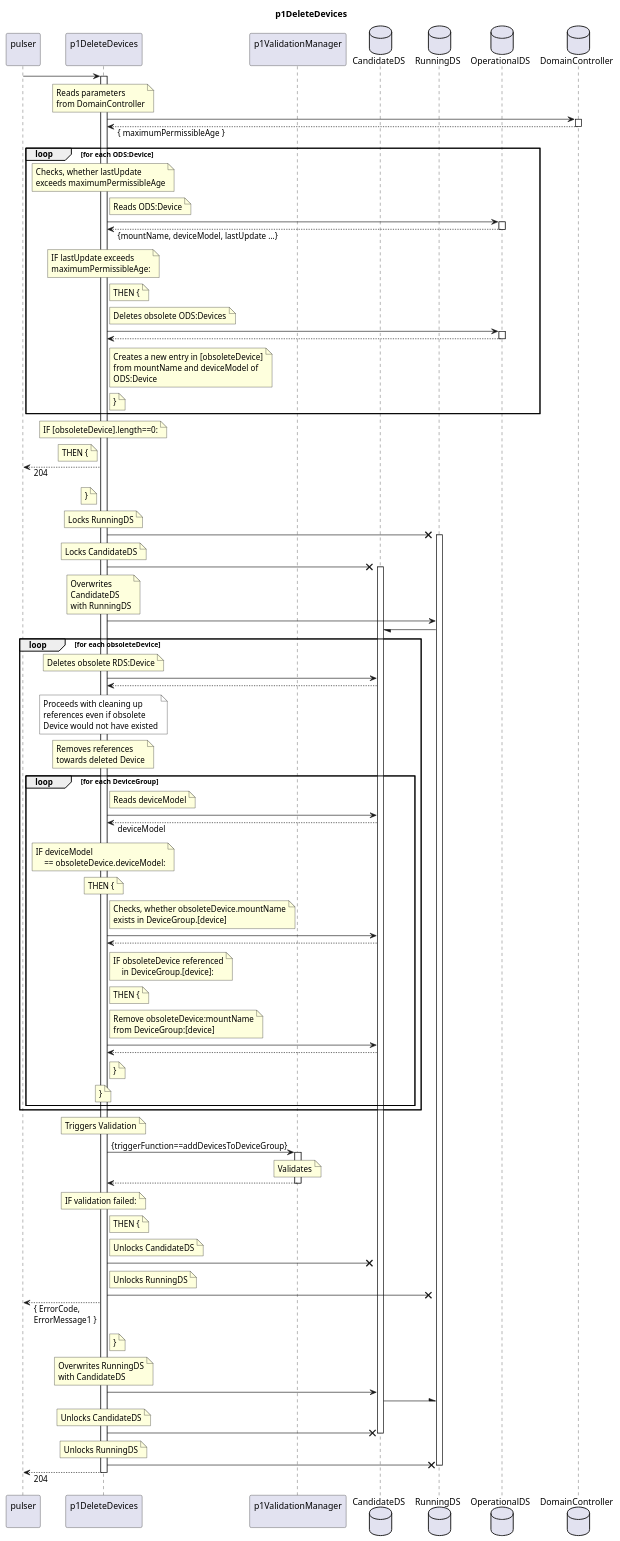
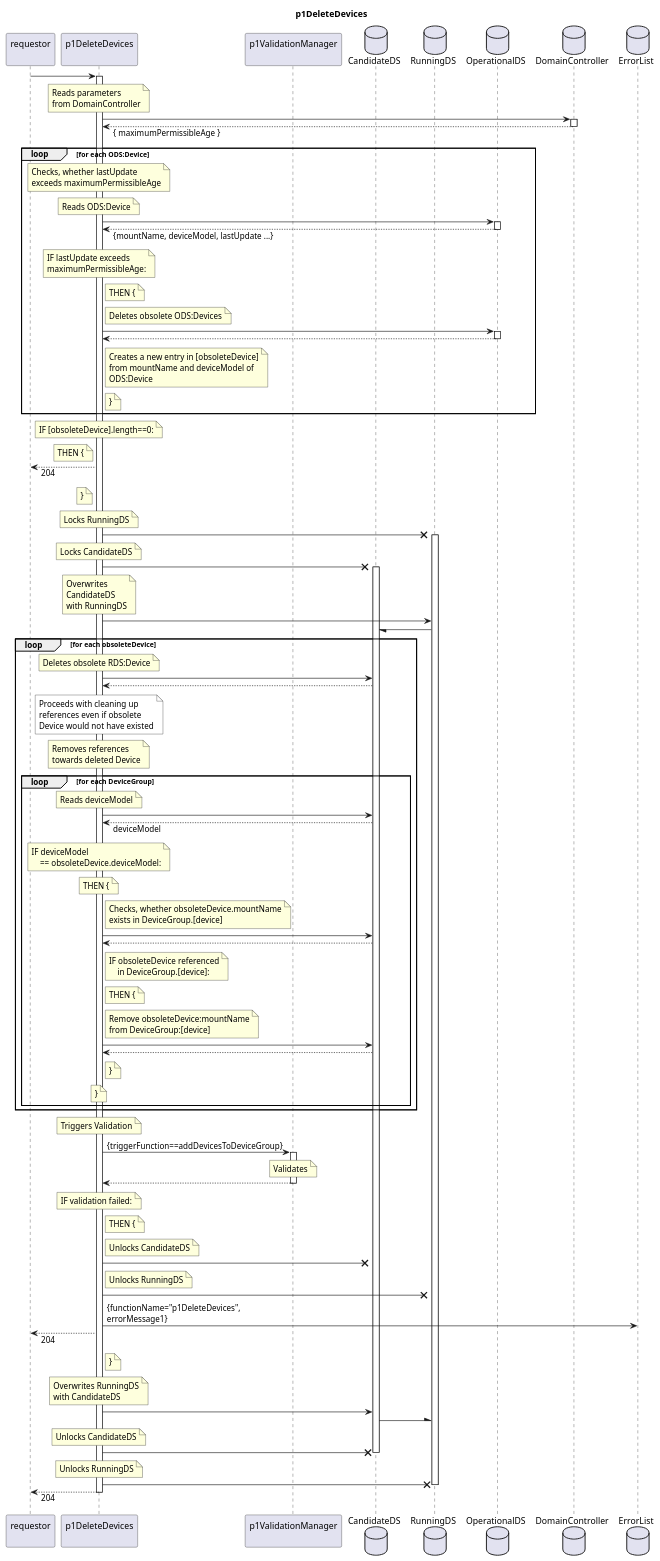
The diagram in spec/Functions/Interpretation/p1DeleteDevices/1.0.0/p1DeleteDevices.plantuml (openBackhaul/FirmWareManager), drawn with PlantUML before and after one commit. The commit also changed 32 other files, not shown here.

Commit message:
Finalize sequence diagram of InterpretationFunctions

```diff
--- a/spec/Functions/Interpretation/p1DeleteDevices/1.0.0/p1DeleteDevices.plantuml
+++ b/spec/Functions/Interpretation/p1DeleteDevices/1.0.0/p1DeleteDevices.plantuml
@@ -1,198 +1,200 @@
 @startuml p1DeleteDevices
 skinparam responseMessageBelowArrow true
 
 title
   p1DeleteDevices
 end title
 
-participant "pulser\n" as requestor
+participant "requestor\n" as requestor
 participant "p1DeleteDevices\n" as indServ
 participant "p1ValidationManager\n" as valiMan
 database "CandidateDS" as CanDS
 database "RunningDS" as RunDS
 database "OperationalDS" as OpDS
 database "DomainController" as DC
+database "ErrorList" as hEL
 
 requestor -> indServ
 activate indServ
 
   note over indServ
     Reads parameters
     from DomainController
   end note
     indServ -> DC
     activate DC
     indServ <-- DC: { maximumPermissibleAge }
     deactivate DC
 
   loop for each ODS:Device
     note over indServ
       Checks, whether lastUpdate
       exceeds maximumPermissibleAge
     end note
-    note right indServ
+    note over indServ
       Reads ODS:Device
     end note
     indServ -> OpDS
     activate OpDS
     indServ <-- OpDS: {mountName, deviceModel, lastUpdate ...}
     deactivate OpDS
     note over indServ
       IF lastUpdate exceeds
       maximumPermissibleAge:
     end note
     note right indServ
       THEN {
     end note
     note right indServ
       Deletes obsolete ODS:Devices
     end note
     indServ -> OpDS
     activate OpDS
     indServ <-- OpDS
     deactivate OpDS
     note right indServ
       Creates a new entry in [obsoleteDevice]
       from mountName and deviceModel of
       ODS:Device
     end note
     note right indServ
       }
     end note
   end loop
   note over indServ
     IF [obsoleteDevice].length==0:
   end note
   note left indServ
     THEN {
   end note
   requestor <-- indServ: 204
   note left indServ
     }
   end note  
 
   note over indServ
     Locks RunningDS
   end note
   indServ -X RunDS
   activate RunDS
   note over indServ
     Locks CandidateDS
   end note
   indServ -X CanDS
   activate CanDS
   note over indServ
     Overwrites
     CandidateDS
     with RunningDS
   end note
   indServ -> RunDS
   RunDS -/ CanDS
 
   loop for each obsoleteDevice
     note over indServ
       Deletes obsolete RDS:Device
     end note
     indServ -> CanDS
     indServ <-- CanDS
     note over indServ #White
       Proceeds with cleaning up
       references even if obsolete
       Device would not have existed
     end note
 
     note over indServ
       Removes references
       towards deleted Device
     end note
     loop for each DeviceGroup
-      note right indServ
+      note over indServ
         Reads deviceModel
       end note
       indServ -> CanDS
       indServ <-- CanDS: deviceModel
       note over indServ
         IF deviceModel 
             == obsoleteDevice.deviceModel:
       end note
       note over indServ
         THEN {
       end note
       note right indServ
         Checks, whether obsoleteDevice.mountName
         exists in DeviceGroup.[device]
       end note
       indServ -> CanDS
       indServ <-- CanDS
       note right indServ
         IF obsoleteDevice referenced
             in DeviceGroup.[device]:
       end note
       note right indServ
         THEN {
       end note
       note right indServ
         Remove obsoleteDevice:mountName
         from DeviceGroup:[device]
       end note
       indServ -> CanDS
       indServ <-- CanDS
       note right indServ
         }
       end note
       note over indServ
         }
       end note
     end loop
   end loop
 
   note over indServ
     Triggers Validation
   end note
   indServ -> valiMan: {triggerFunction==addDevicesToDeviceGroup}
   activate valiMan
     note over valiMan
       Validates
     end note
   indServ <-- valiMan
   deactivate valiMan
   note over indServ
     IF validation failed:
   end note
   note right indServ
     THEN {
   end note
   note right indServ
     Unlocks CandidateDS
   end note
   indServ -X CanDS
   note right indServ
     Unlocks RunningDS
   end note
   indServ -X RunDS
-  requestor <-- indServ: { ErrorCode,\nErrorMessage1 }
+  indServ -> hEL: {functionName="p1DeleteDevices",\nerrorMessage1}
+  requestor <-- indServ: 204
   note right indServ
     }
   end note
 
   note over indServ
     Overwrites RunningDS
     with CandidateDS
   end note
   indServ -> CanDS
   CanDS -\ RunDS
   note over indServ
     Unlocks CandidateDS
   end note
   indServ -X CanDS
   deactivate CanDS
   note over indServ
     Unlocks RunningDS
   end note
   indServ -X RunDS
   deactivate RunDS
 
 requestor <-- indServ: 204
 deactivate indServ
 
 @enduml
```
